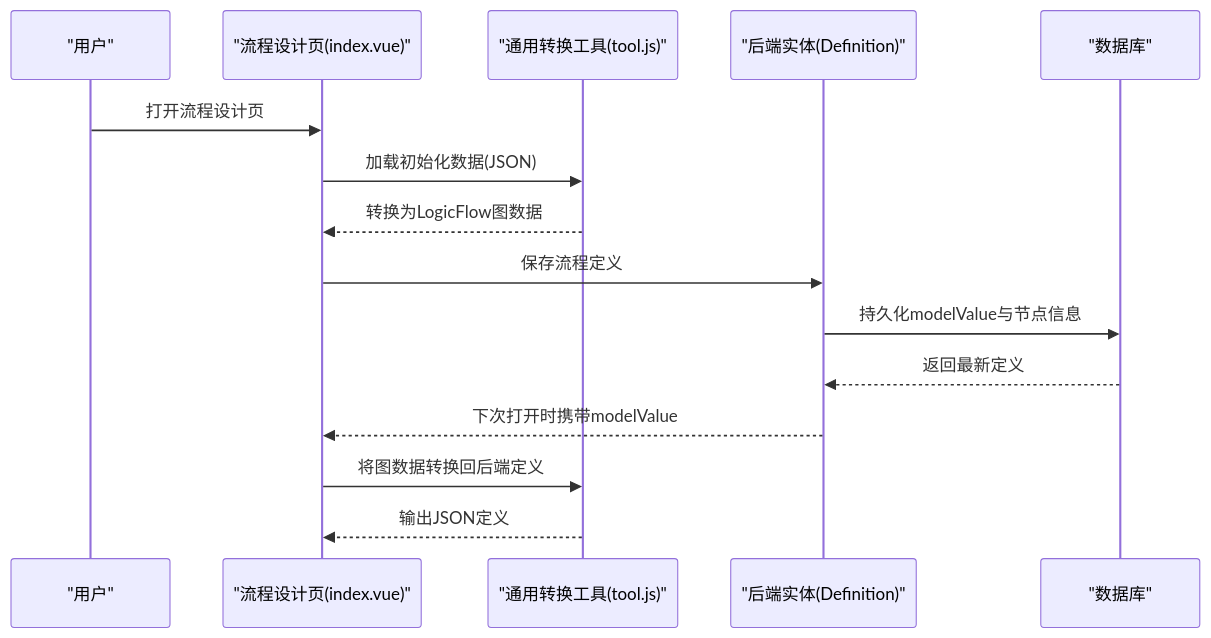
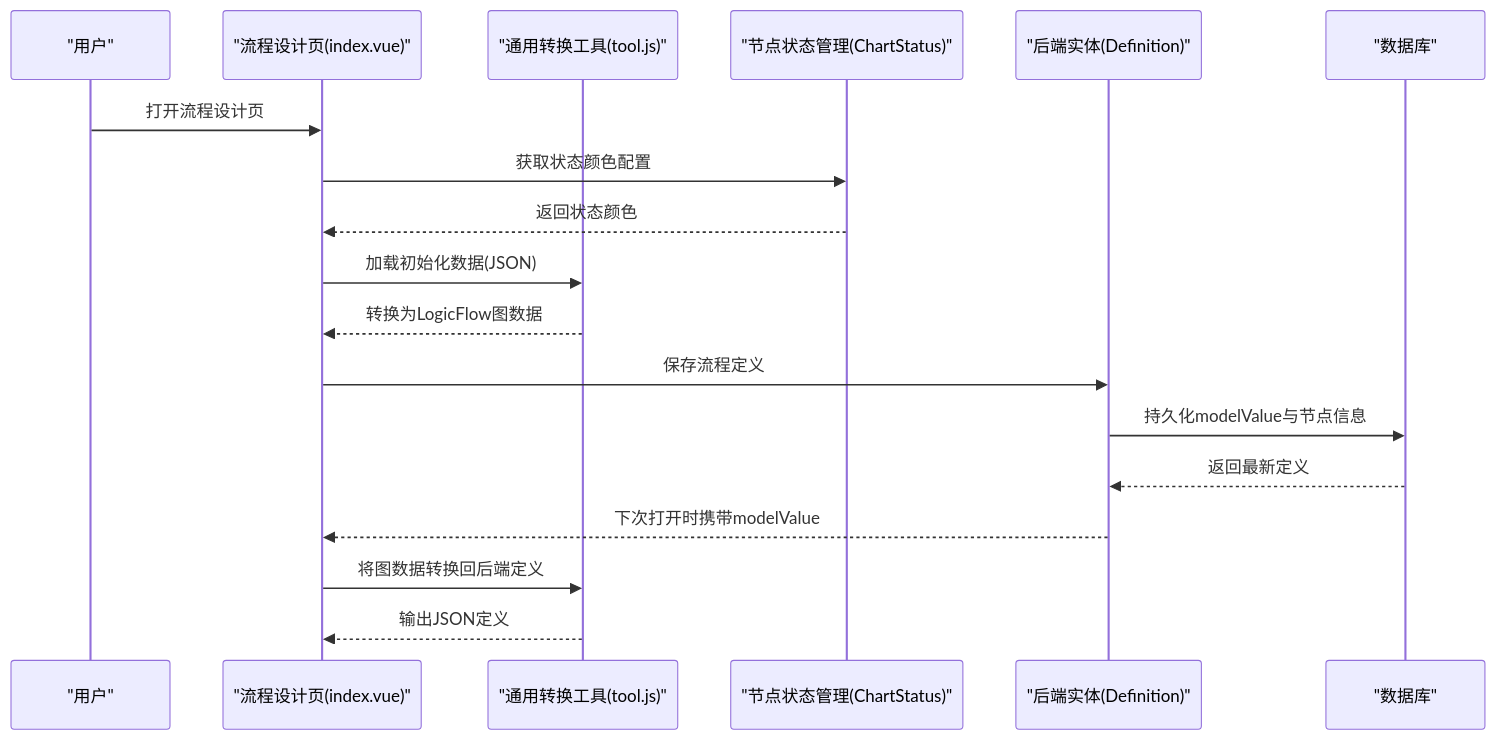
Before and after one commit to dromara/warm-flow: the second of 8 diagrams in .qoder/repowiki/zh/content/可视化设计器/设计模型系统.md, drawn with Mermaid. The commit also changed other lines of this file and 18 other files, not shown here.

````diff
--- a/.qoder/repowiki/zh/content/可视化设计器/设计模型系统.md
+++ b/.qoder/repowiki/zh/content/可视化设计器/设计模型系统.md
@@ -108,17 +134,20 @@
 ```mermaid
 sequenceDiagram
 participant U as "用户"
 participant V as "流程设计页(index.vue)"
 participant T as "通用转换工具(tool.js)"
+participant S as "节点状态管理(ChartStatus)"
 participant E as "后端实体(Definition)"
 participant DB as "数据库"
 U->>V : 打开流程设计页
+V->>S : 获取状态颜色配置
+S-->>V : 返回状态颜色
 V->>T : 加载初始化数据(JSON)
 T-->>V : 转换为LogicFlow图数据
 V->>E : 保存流程定义
 E->>DB : 持久化modelValue与节点信息
 DB-->>E : 返回最新定义
 E-->>V : 下次打开时携带modelValue
 V->>T : 将图数据转换回后端定义
 T-->>V : 输出JSON定义
 ```
````
